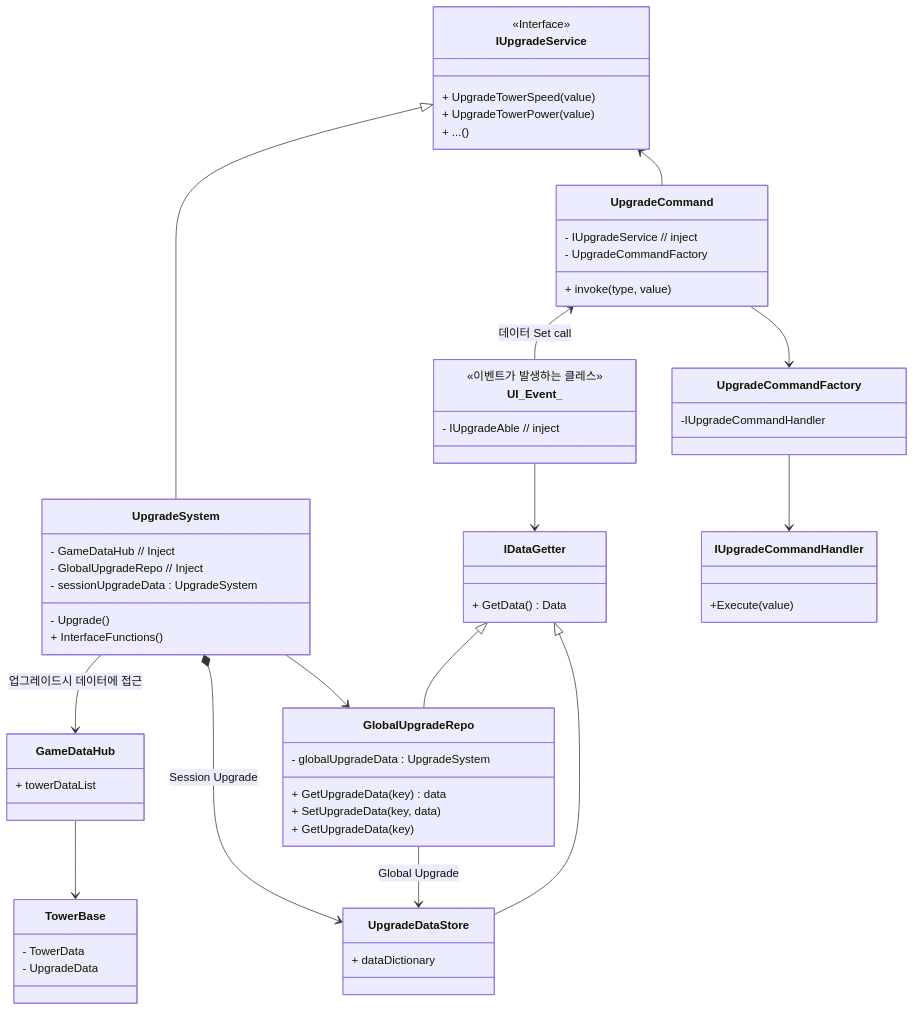
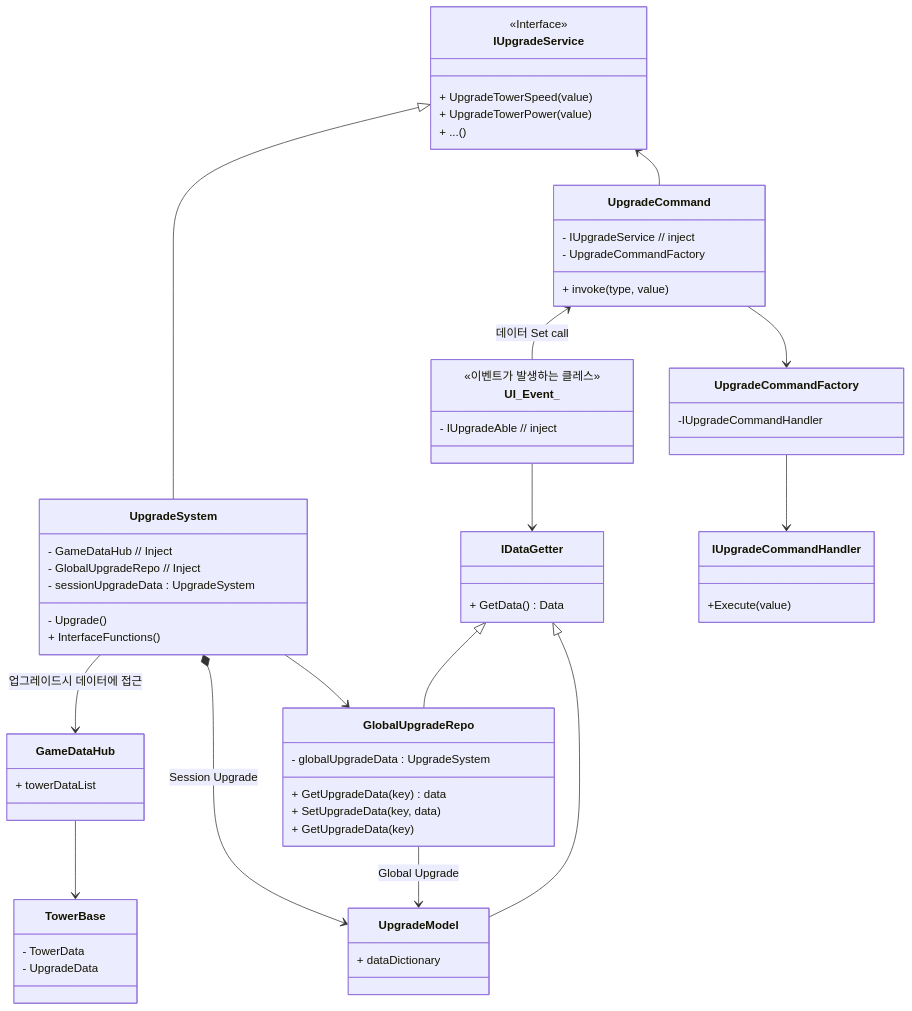
The tenth of 10 diagrams in _Doc/DevelopmentLog.md (HyunWoo-Jo/ProjectHS), drawn with Mermaid before and after one commit.

````diff
--- a/_Doc/DevelopmentLog.md
+++ b/_Doc/DevelopmentLog.md
@@ -523,79 +523,79 @@
 ```mermaid
 classDiagram  
 graph LR  
 class TowerBase{  
     - TowerData  
     - UpgradeData  
 }  
   
 class UpgradeSystem {  
     - GameDataHub // Inject  
     - GlobalUpgradeRepo // Inject  
     - sessionUpgradeData : UpgradeSystem  
     - Upgrade()  
     + InterfaceFunctions()  
 }  
   
 class IUpgradeService {  
     <<Interface>>  
     + UpgradeTowerSpeed(value)  
     + UpgradeTowerPower(value)  
     + ...()  
 }  
   
 class GlobalUpgradeRepo {  
     - globalUpgradeData : UpgradeSystem  
     + GetUpgradeData(key) data  
     + SetUpgradeData(key, data)  
     + GetUpgradeData(key)  
 }  
   
-class UpgradeDataStore {  
+class UpgradeModel {  
     + dataDictionary  
 }  
   
 class GameDataHub {  
     + towerDataList  
 }  
   
 class UI_Event_{  
     <<이벤트가 발생하는 클레스>>  
     - IUpgradeAble // inject  
 }  
 
 class UpgradeCommand {
     - IUpgradeService // inject
     - UpgradeCommandFactory
     + invoke(type, value)
 }
 
 class IDataGetter {
     + GetData() Data
 }
 
 class IUpgradeCommandHandler  {
     +Execute(value)
 }
 class UpgradeCommandFactory {
     -IUpgradeCommandHandler
 }
 
 UpgradeSystem --> GlobalUpgradeRepo  
-UpgradeSystem *--> UpgradeDataStore : Session Upgrade  
-GlobalUpgradeRepo --> UpgradeDataStore : Global Upgrade  
+UpgradeSystem *--> UpgradeModel : Session Upgrade  
+GlobalUpgradeRepo --> UpgradeModel : Global Upgrade  
   
 UpgradeSystem --> GameDataHub : 업그레이드시 데이터에 접근  
 GameDataHub --> TowerBase   
   
 IUpgradeService <|-- UpgradeSystem  
   
 IUpgradeService <-- UpgradeCommand
 UpgradeCommand <-- UI_Event_ : 데이터 Set call
-IDataGetter <|-- UpgradeDataStore
+IDataGetter <|-- UpgradeModel
 IDataGetter <|-- GlobalUpgradeRepo
 
 UI_Event_ --> IDataGetter
 
 UpgradeCommandFactory --> IUpgradeCommandHandler
 UpgradeCommand --> UpgradeCommandFactory
 ```
````
